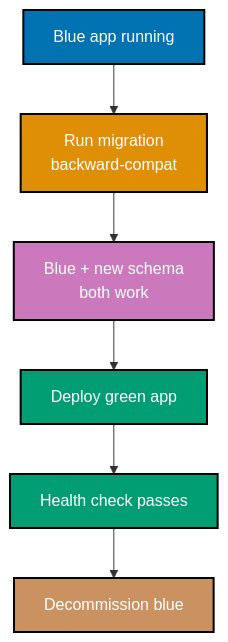
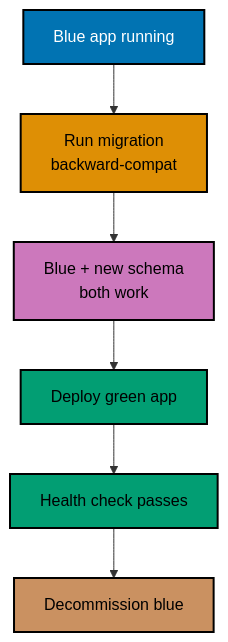
One commit to wahidyankf/ose-public changed the fifth of 6 diagrams in apps/ayokoding-www/content/en/learn/legacy/software-engineering/data/tools/clojure-migratus/by-example/advanced.md. Above: the diagram before and after it, drawn with Mermaid. The commit also changed other lines of this file and 131 other files, not shown here.

First line of the commit message:
fix(mermaid): bring the legacy data, infrastructure, and testing diagrams onto the accessible palette

````diff
--- a/apps/ayokoding-www/content/en/learn/legacy/software-engineering/data/tools/clojure-migratus/by-example/advanced.md
+++ b/apps/ayokoding-www/content/en/learn/legacy/software-engineering/data/tools/clojure-migratus/by-example/advanced.md
@@ -603,17 +629,25 @@
 ```mermaid
 %% Color Palette: Blue #0173B2, Orange #DE8F05, Teal #029E73, Purple #CC78BC, Brown #CA9161
 %% Blue-green deployment sequence
 graph TD
+    accTitle: Example 71: Blue-Green Deployment Migrations
+    accDescr: Graph with 6 nodes and 5 connections. Nodes: Blue app running, Run migration backward-compat, Blue + new schema both work, Deploy green app, Health check passes, Decommission blue. Connections: Blue app running to Run migration backward-compat, Run migration backward-compat to Blue + new schema both work, Blue + new schema both work to Deploy green app, Deploy green app to Health check passes, Health check passes to Decommission blue.
     A[Blue app running] --> B[Run migration<br/>backward-compat]
     B --> C[Blue + new schema<br/>both work]
     C --> D[Deploy green app]
     D --> E[Health check passes]
     E --> F[Decommission blue]
 
-    style A fill:#0173B2,stroke:#000000,color:#FFFFFF,stroke-width:2px
-    style B fill:#DE8F05,stroke:#000000,color:#FFFFFF,stroke-width:2px
-    style C fill:#CC78BC,stroke:#000000,color:#FFFFFF,stroke-width:2px
-    style D fill:#029E73,stroke:#000000,color:#FFFFFF,stroke-width:2px
-    style E fill:#029E73,stroke:#000000,color:#FFFFFF,stroke-width:2px
-    style F fill:#CA9161,stroke:#000000,color:#FFFFFF,stroke-width:2px
+    classDef pal-0173B2 fill:#0173B2,stroke:#000000,color:#FFFFFF,stroke-width:2px
+    class A pal-0173B2
+    classDef pal-DE8F05 fill:#DE8F05,stroke:#000000,color:#000000,stroke-width:2px
+    class B pal-DE8F05
+    classDef pal-CC78BC fill:#CC78BC,stroke:#000000,color:#000000,stroke-width:2px
+    class C pal-CC78BC
+    classDef pal-029E73 fill:#029E73,stroke:#000000,color:#000000,stroke-width:2px
+    class D pal-029E73
+    class E pal-029E73
+    classDef pal-CA9161 fill:#CA9161,stroke:#000000,color:#000000,stroke-width:2px
+    class F pal-CA9161
+    classDef default fill:#FFFFFF,stroke:#000000,color:#000000
 ```
````
